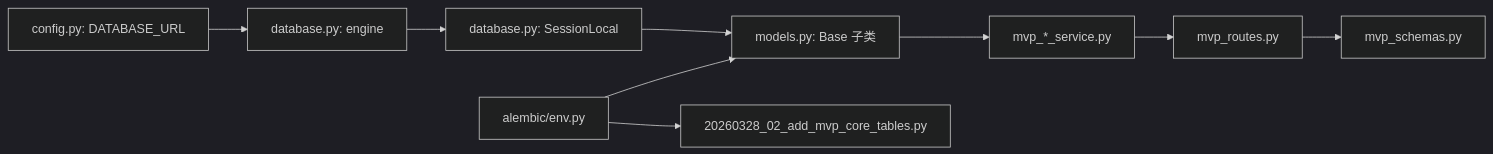
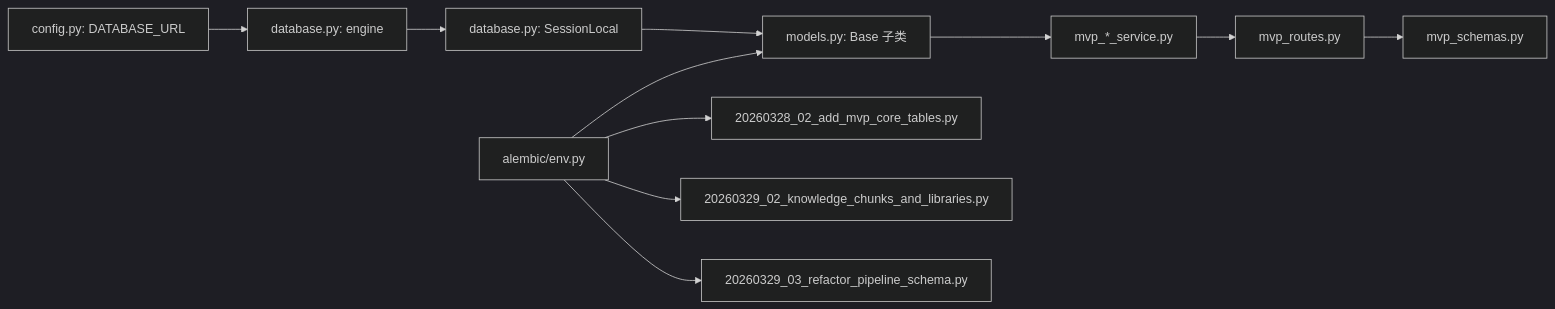
The fifth of 6 diagrams in .qoder/repowiki/zh/content/数据库设计/数据库设计.md (dream-ze/AI_huoke-), drawn with Mermaid (dark theme) before and after one commit. The commit also changed other lines of this file and 64 other files, not shown here.

````diff
--- a/.qoder/repowiki/zh/content/数据库设计/数据库设计.md
+++ b/.qoder/repowiki/zh/content/数据库设计/数据库设计.md
@@ -399,11 +439,13 @@
 ```mermaid
 graph LR
 CFG["config.py: DATABASE_URL"] --> ENG["database.py: engine"]
 ENG --> SES["database.py: SessionLocal"]
 SES --> MODELS["models.py: Base 子类"]
 ENV["alembic/env.py"] --> MODELS
 ENV --> MVP_CORE["20260328_02_add_mvp_core_tables.py"]
+ENV --> MVP_KNOWLEDGE["20260329_02_knowledge_chunks_and_libraries.py"]
+ENV --> MVP_REFACTOR["20260329_03_refactor_pipeline_schema.py"]
 MODELS --> MVP_SERVICES["mvp_*_service.py"]
 MVP_SERVICES --> MVP_ROUTES["mvp_routes.py"]
 MVP_ROUTES --> MVP_SCHEMAS["mvp_schemas.py"]
 ```
````
